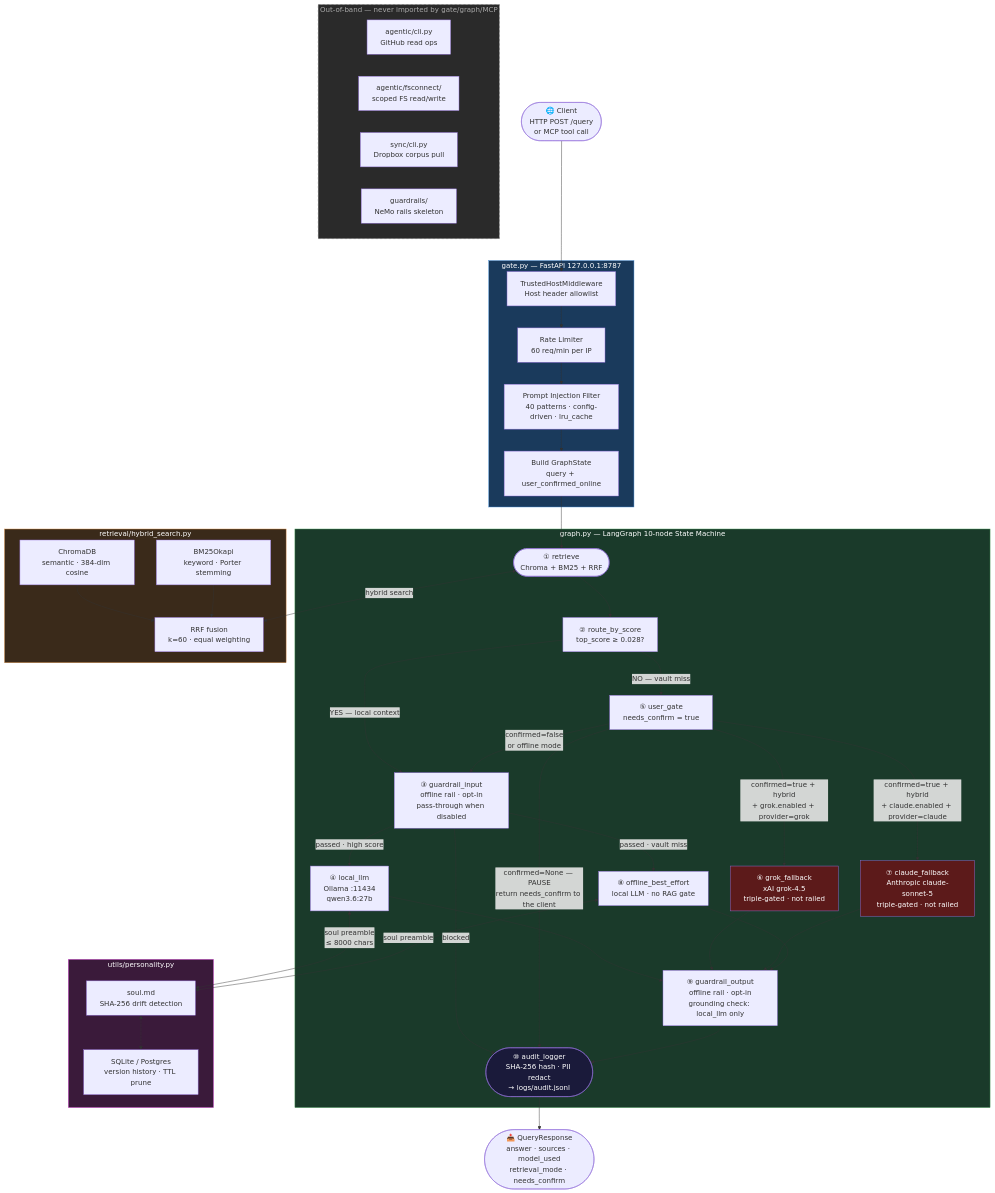
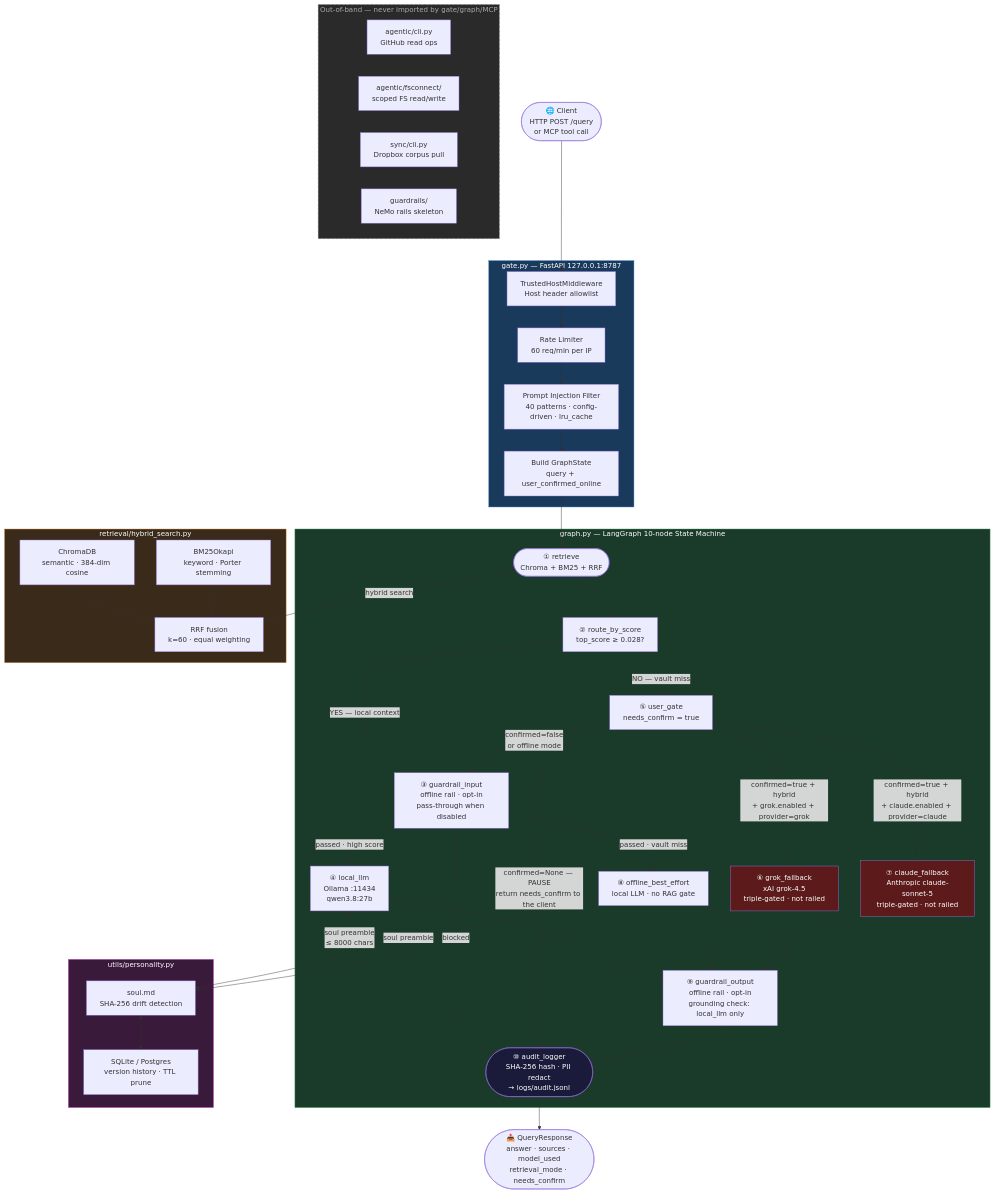
One commit to CGFixIT/PsyClaw changed the diagram in README.md. Above: the diagram before and after it, drawn with Mermaid. The commit also changed other lines of this file and 39 other files, not shown here.

First line of the commit message:
chore(models): bump local Ollama default qwen3.6:27b -> qwen3.8:27b

````diff
--- a/README.md
+++ b/README.md
@@ -116,71 +116,71 @@
 ```mermaid
 flowchart TD
     A(["🌐 Client\nHTTP POST /query\nor MCP tool call"])
     A --> B
 
     subgraph GATEWAY ["gate.py — FastAPI 127.0.0.1:8787"]
         B["TrustedHostMiddleware\nHost header allowlist"]
         B --> C["Rate Limiter\n60 req/min per IP"]
         C --> D["Prompt Injection Filter\n40 patterns · config-driven · lru_cache"]
         D --> E["Build GraphState\nquery + user_confirmed_online"]
     end
 
     E --> F
 
     subgraph GRAPH ["graph.py — LangGraph 10-node State Machine"]
         F(["① retrieve\nChroma + BM25 + RRF"])
         F --> G["② route_by_score\ntop_score ≥ 0.028?"]
         G -->|"YES — local context"| X["③ guardrail_input\noffline rail · opt-in\npass-through when disabled"]
         X -->|"blocked"| L
-        X -->|"passed · high score"| H["④ local_llm\nOllama :11434\nqwen3.6:27b"]
+        X -->|"passed · high score"| H["④ local_llm\nOllama :11434\nqwen3.8:27b"]
         G -->|"NO — vault miss"| I["⑤ user_gate\nneeds_confirm = true"]
         I -->|"confirmed=true + hybrid\n+ grok.enabled + provider=grok"| J["⑥ grok_fallback\nxAI grok-4.5\ntriple-gated · not railed"]
         I -->|"confirmed=true + hybrid\n+ claude.enabled + provider=claude"| W["⑦ claude_fallback\nAnthropic claude-sonnet-5\ntriple-gated · not railed"]
         I -->|"confirmed=false\nor offline mode"| X
         X -->|"passed · vault miss"| K["⑧ offline_best_effort\nlocal LLM · no RAG gate"]
         I -->|"confirmed=None — PAUSE\nreturn needs_confirm to the client"| L
         H --> Y["⑨ guardrail_output\noffline rail · opt-in\ngrounding check: local_llm only"]
         J --> Y
         W --> Y
         K --> Y
         Y --> L
         L(["⑩ audit_logger\nSHA-256 hash · PII redact\n→ logs/audit.jsonl"])
     end
 
     L --> M(["📤 QueryResponse\nanswer · sources · model_used\nretrieval_mode · needs_confirm"])
 
     subgraph RETRIEVAL ["retrieval/hybrid_search.py"]
         N["ChromaDB\nsemantic · 384-dim cosine"]
         O["BM25Okapi\nkeyword · Porter stemming"]
         P["RRF fusion\nk=60 · equal weighting"]
         N --> P
         O --> P
     end
 
     F <-->|"hybrid search"| P
 
     subgraph SOUL ["utils/personality.py"]
         Q["soul.md\nSHA-256 drift detection"]
         R["SQLite / Postgres\nversion history · TTL prune"]
         Q <--> R
     end
 
     H <-->|"soul preamble\n≤ 8000 chars"| Q
     K <-->|"soul preamble"| Q
 
     subgraph OOB ["Out-of-band — never imported by gate/graph/MCP"]
         S["agentic/cli.py\nGitHub read ops"]
         T["agentic/fsconnect/\nscoped FS read/write"]
         U["sync/cli.py\nDropbox corpus pull"]
         V["guardrails/\nNeMo rails skeleton"]
     end
 
     style GATEWAY fill:#1a3a5c,color:#ffffff,stroke:#4a90d9
     style GRAPH fill:#1a3a2a,color:#ffffff,stroke:#4a9d5a
     style RETRIEVAL fill:#3a2a1a,color:#ffffff,stroke:#d9904a
     style SOUL fill:#3a1a3a,color:#ffffff,stroke:#d94ad9
     style OOB fill:#2a2a2a,color:#aaaaaa,stroke:#666666,stroke-dasharray:5 5
     style J fill:#5c1a1a,color:#ffffff
     style W fill:#5c1a1a,color:#ffffff
     style L fill:#1a1a3a,color:#ffffff
 ```
````
